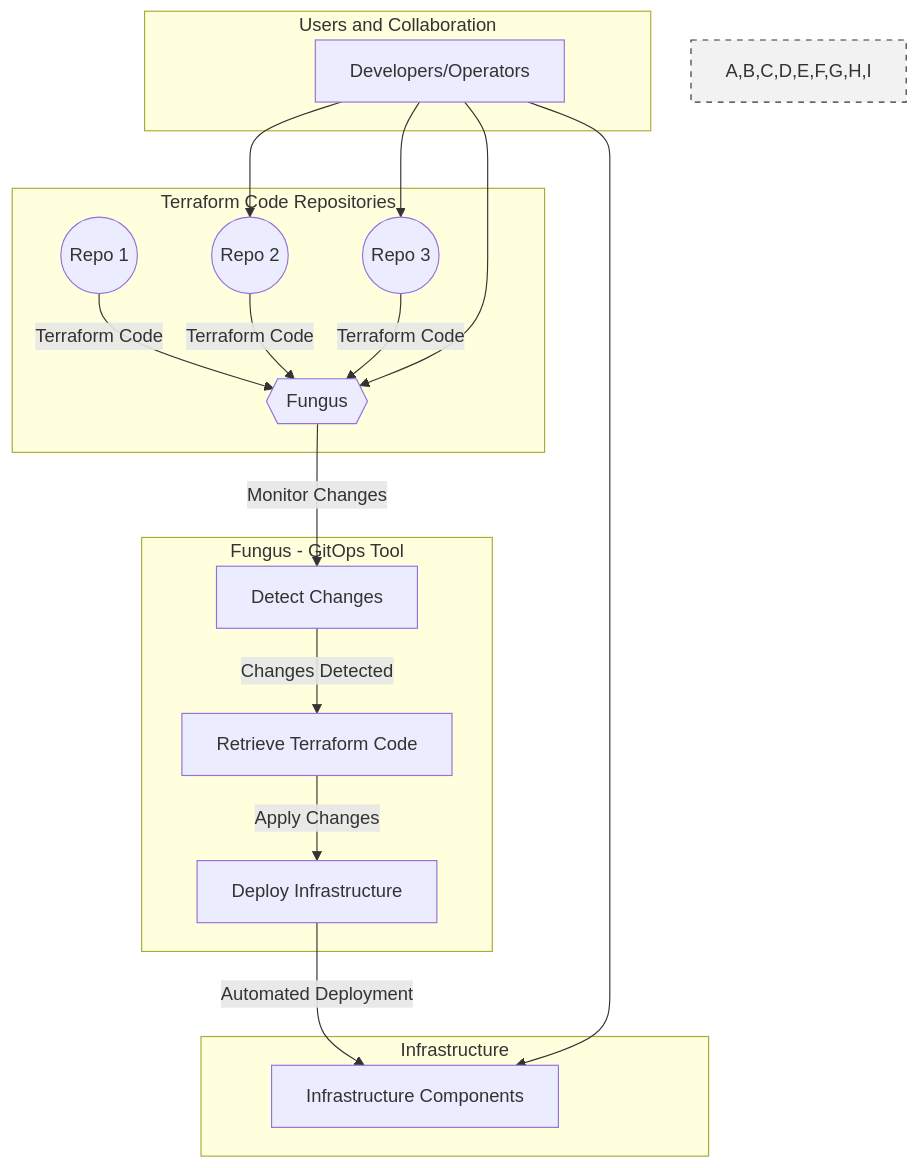
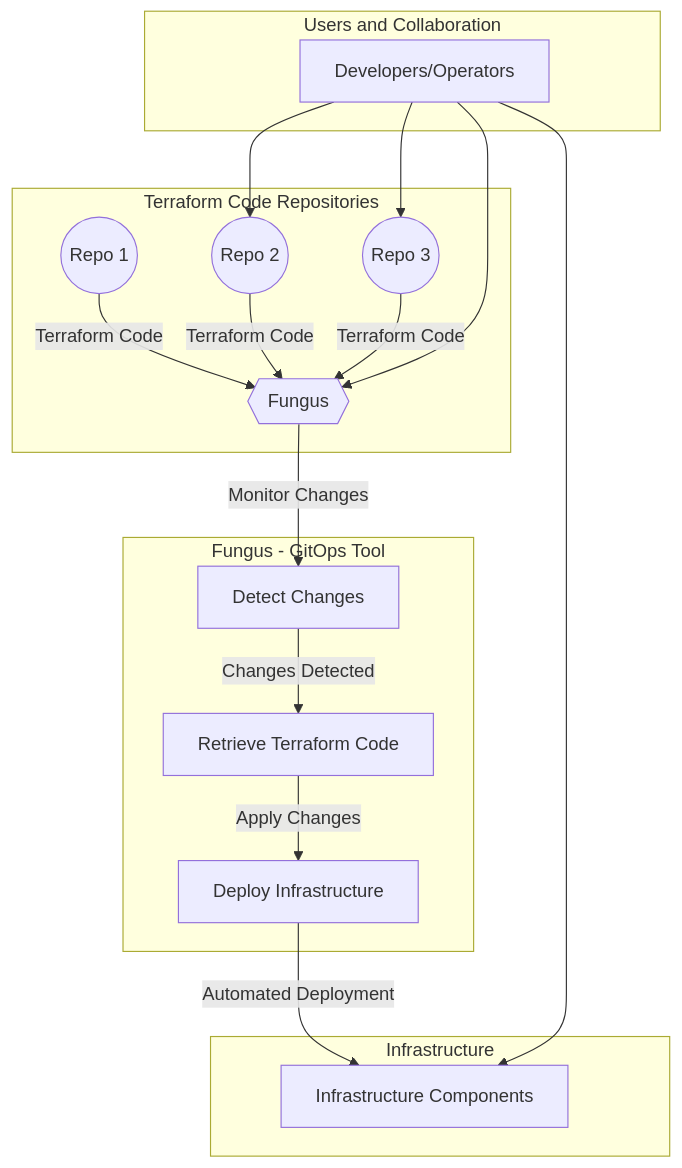
One commit to JustJordanT/Fungus changed the diagram in README.md. Above: the diagram before and after it, drawn with Mermaid.

````diff
--- a/README.md
+++ b/README.md
@@ -10,28 +10,25 @@
 ```mermaid
 graph TD
     subgraph "Terraform Code Repositories"
         A((Repo 1)) --> |Terraform Code| B{{Fungus}}
         C((Repo 2)) --> |Terraform Code| B
         D((Repo 3)) --> |Terraform Code| B
     end
 
     subgraph "Fungus - GitOps Tool"
         B --> |Monitor Changes| E[Detect Changes]
         E --> |Changes Detected| F[Retrieve Terraform Code]
         F --> |Apply Changes| G[Deploy Infrastructure]
     end
 
     subgraph "Infrastructure"
         G --> |Automated Deployment| H[Infrastructure Components]
     end
 
     subgraph "Users and Collaboration"
         I[Developers/Operators] --> B
         I --> C
         I --> D
         I --> H
     end
-
-    style A,B,C,D,E,F,G,H,I fill:#f2f2f2,stroke:#333,stroke-width:1px,stroke-dasharray: 5,5;
-
 ```
````
